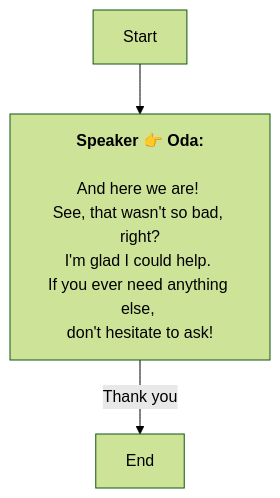
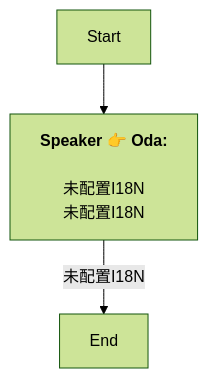
Before and after one commit to SoftHu/tos_avg: the diagram in En/QuestStartTalkENode_1769057929237633.md, drawn with Mermaid (forest theme). The commit also changed 730 other files, not shown here.

````diff
--- a/En/QuestStartTalkENode_1769057929237633.md
+++ b/En/QuestStartTalkENode_1769057929237633.md
@@ -1,10 +1,7 @@
 ```mermaid
 graph
 Start -->1769057966047364[<b>Speaker 👉 Oda:</b>
-\nAnd here we are! 
-See, that wasn't so bad, right?\nI'm glad I could help. 
-If you ever need anything else, 
-don't hesitate to ask!]
-1769057966047364 -->|Thank you|1769057987247237[End]
+\n未配置I18N\n未配置I18N]
+1769057966047364 -->|未配置I18N|1769057987247237[End]
 
 ```
````
